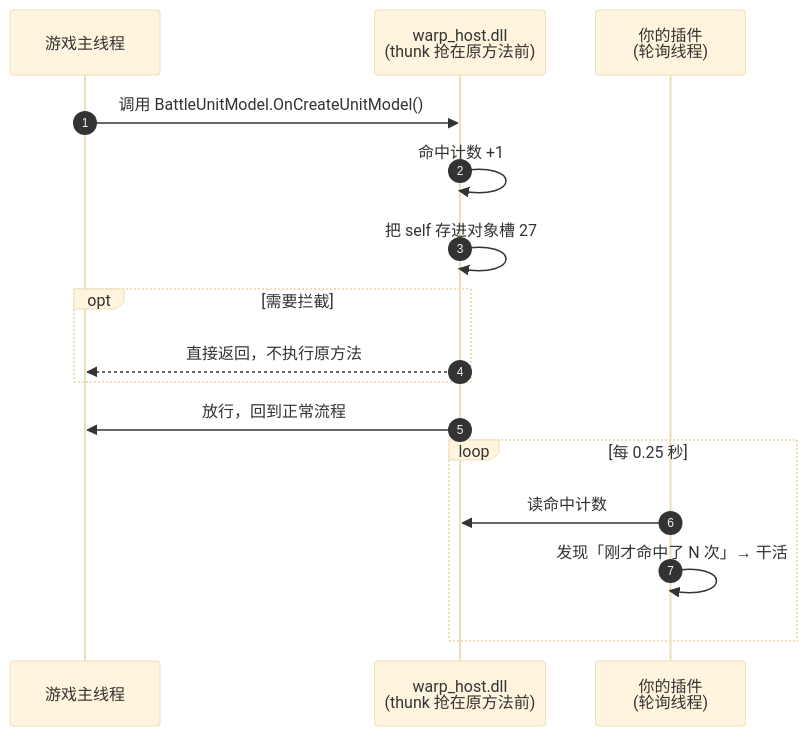
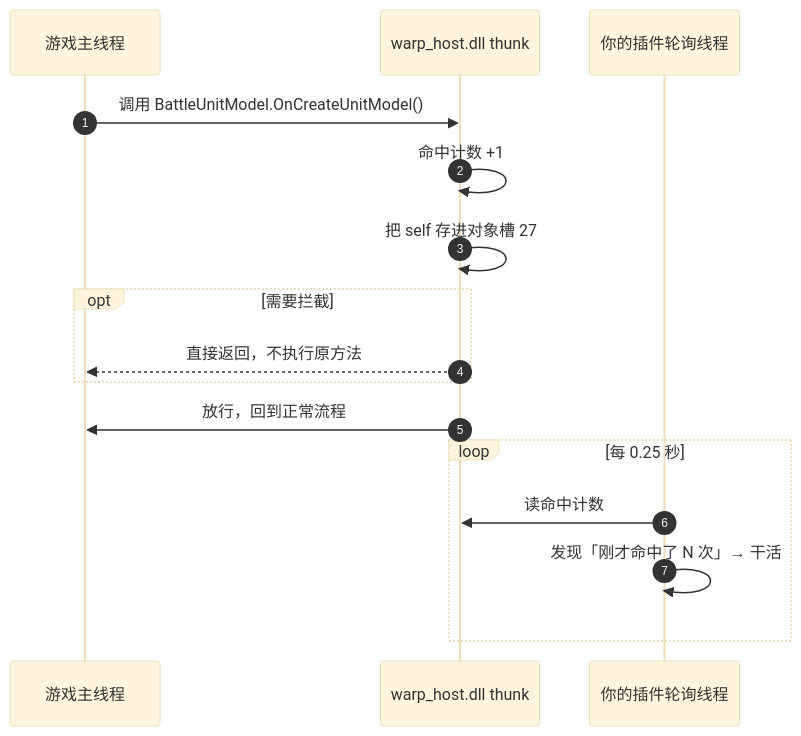
Before and after one commit to f0lkskill/FaustLauncher: the diagram in docs/tutorial/08-inside.md, drawn with Mermaid (base theme). The commit also changed 8 other files, not shown here.

Commit message:
docs: 技术文档各页补关系图，教程 01/07 补流程图

````diff
--- a/docs/tutorial/08-inside.md
+++ b/docs/tutorial/08-inside.md
@@ -17,19 +17,19 @@
 ```mermaid
 sequenceDiagram
     autonumber
     participant Game as 游戏主线程
-    participant DLL as warp_host.dll<br/>(thunk 抢在原方法前)
-    participant Py as 你的插件<br/>(轮询线程)
+    participant DLL as warp_host.dll thunk
+    participant Py as 你的插件轮询线程
 
     Game->>DLL: 调用 BattleUnitModel.OnCreateUnitModel()
     DLL->>DLL: 命中计数 +1
     DLL->>DLL: 把 self 存进对象槽 27
     opt 需要拦截
         DLL-->>Game: 直接返回，不执行原方法
     end
     DLL->>Game: 放行，回到正常流程
     loop 每 0.25 秒
         Py->>DLL: 读命中计数
         Py->>Py: 发现「刚才命中了 N 次」→ 干活
     end
 ```
````
